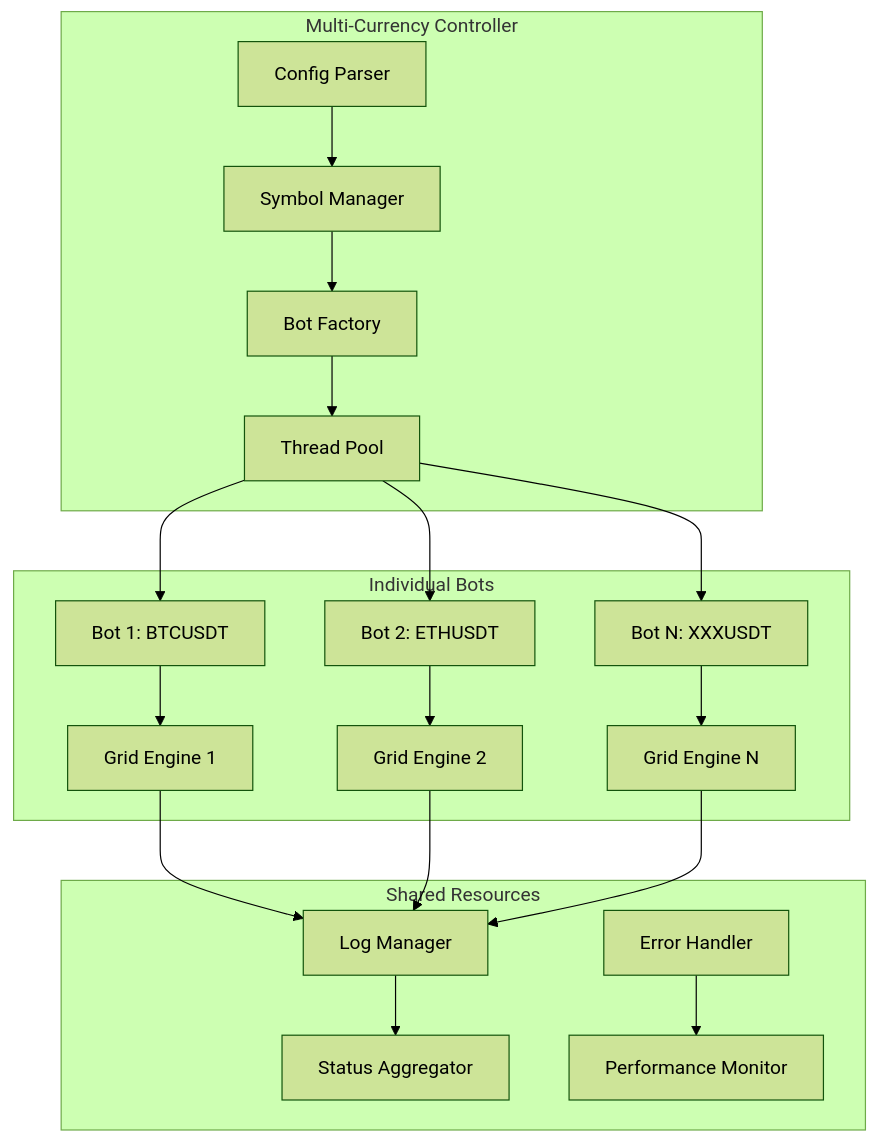
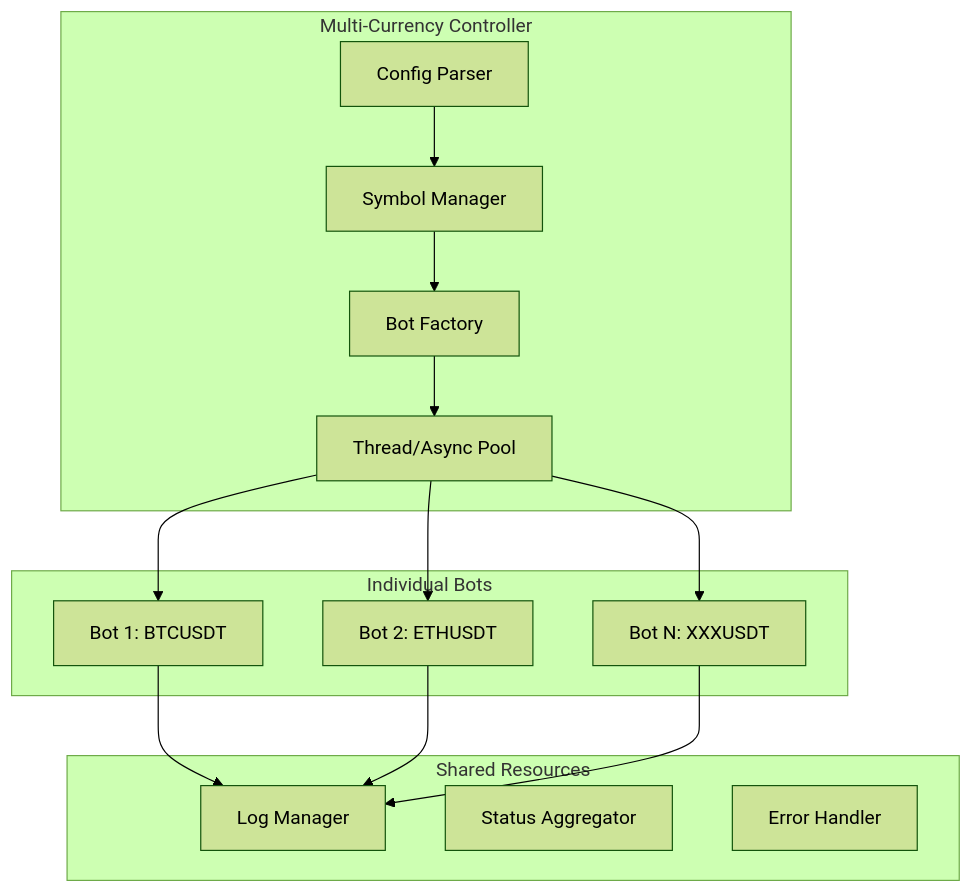
The third of 4 diagrams in README.md (aoooeg/AS-Grid), drawn with Mermaid (forest theme) before and after one commit. The commit also changed other lines of this file and 1 other file, not shown here.

Commit message:
Optimize Mermaid diagrams: improve readability and structure

````diff
--- a/README.md
+++ b/README.md
@@ -121,26 +129,25 @@
 ```mermaid
-graph TB
-    subgraph "Multi-Currency Controller"
+flowchart TB
+    subgraph Controller["Multi-Currency Controller"]
         A2[Config Parser] --> B2[Symbol Manager]
         B2 --> C2[Bot Factory]
-        C2 --> D2[Thread Pool]
+        C2 --> D2[Thread/Async Pool]
     end
-    
-    subgraph "Individual Bots"
-        E2[Bot 1: BTCUSDT] --> F2[Grid Engine 1]
-        G2[Bot 2: ETHUSDT] --> H2[Grid Engine 2]
-        I2[Bot N: XXXUSDT] --> J2[Grid Engine N]
+
+    subgraph Bots["Individual Bots"]
+        E2[Bot 1: BTCUSDT]
+        F2[Bot 2: ETHUSDT]
+        G2[Bot N: XXXUSDT]
     end
-    
-    subgraph "Shared Resources"
-        K2[Log Manager] --> L2[Status Aggregator]
-        M2[Error Handler] --> N2[Performance Monitor]
+
+    subgraph Shared["Shared Resources"]
+        H2[Log Manager]
+        I2[Status Aggregator]
+        J2[Error Handler]
     end
-    
-    D2 --> E2
-    D2 --> G2
-    D2 --> I2
-    F2 --> K2
-    H2 --> K2
-    J2 --> K2
+
+    D2 --> E2 & F2 & G2
+    E2 --> H2
+    F2 --> H2
+    G2 --> H2
 ```
````
